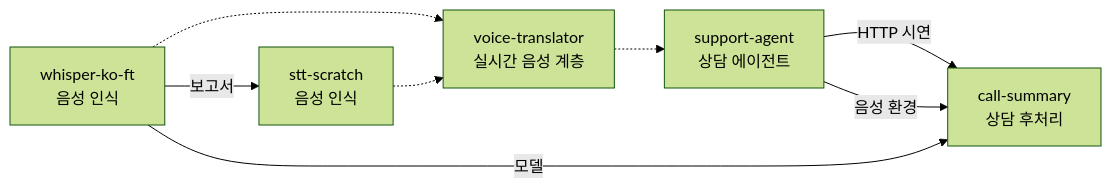
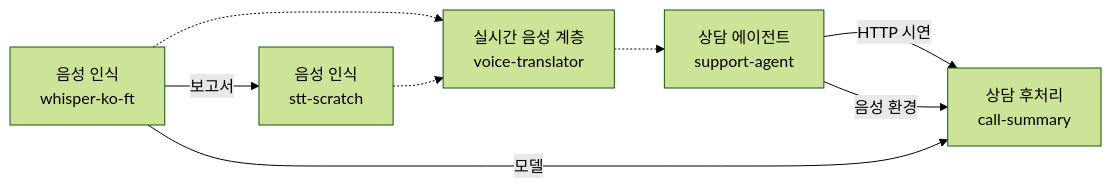
One commit to hyeonbin123/korean-voice-ai changed the diagram in README.md. Above: the diagram before and after it, drawn with Mermaid (forest theme). The commit also changed other lines of this file and 1 other file, not shown here.

````diff
--- a/README.md
+++ b/README.md
@@ -15,15 +10,15 @@
 ```mermaid
 flowchart LR
-    whisper["whisper-ko-ft<br/>음성 인식"]
-    stt["stt-scratch<br/>음성 인식"]
-    voice["voice-translator<br/>실시간 음성 계층"]
-    agent["support-agent<br/>상담 에이전트"]
-    summary["call-summary<br/>상담 후처리"]
+    whisper["음성 인식<br/>whisper-ko-ft"]
+    stt["음성 인식<br/>stt-scratch"]
+    voice["실시간 음성 계층<br/>voice-translator"]
+    agent["상담 에이전트<br/>support-agent"]
+    summary["상담 후처리<br/>call-summary"]
     whisper -.-> voice
     stt -.-> voice
     voice -.-> agent
     agent -->|"HTTP 시연"| summary
     whisper -->|"보고서"| stt
     whisper -->|"모델"| summary
     agent -->|"음성 환경"| summary
 ```
````
